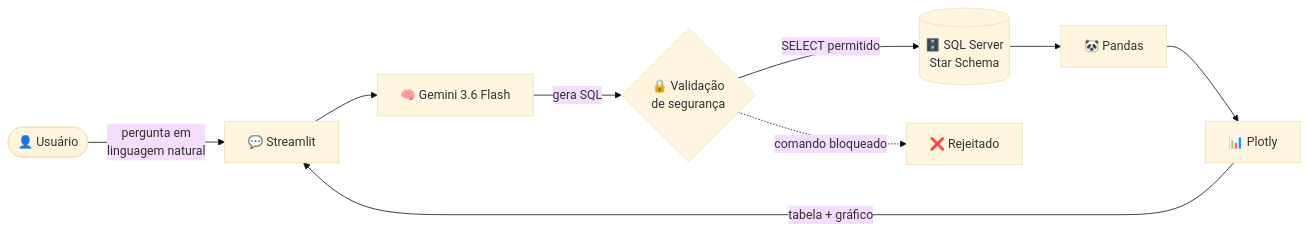
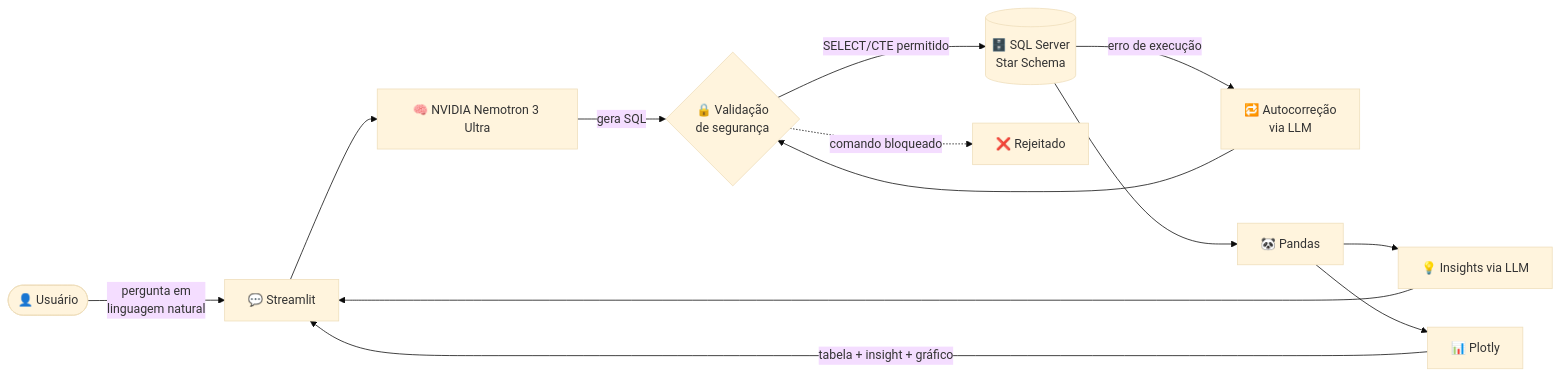
Before and after one commit to Robertofsouzas/ai-agente-vendas: the diagram in README.md, drawn with Mermaid (base theme). The commit also changed other lines of this file, not shown here.

Commit message:
Atualiza README para refletir migração para NVIDIA Nemotron

````diff
--- a/README.md
+++ b/README.md
@@ -13,11 +13,15 @@
 ```mermaid
 flowchart LR
     U([👤 Usuário]) -->|"pergunta em<br/>linguagem natural"| ST[💬 Streamlit]
-    ST --> LLM[🧠 Gemini 3.6 Flash]
+    ST --> LLM[🧠 NVIDIA Nemotron 3 Ultra]
     LLM -->|gera SQL| VAL{🔒 Validação<br/>de segurança}
-    VAL -->|SELECT permitido| DB[(🗄️ SQL Server<br/>Star Schema)]
+    VAL -->|SELECT/CTE permitido| DB[(🗄️ SQL Server<br/>Star Schema)]
     VAL -.->|comando bloqueado| REJ[❌ Rejeitado]
+    DB -->|erro de execução| FIX[🔁 Autocorreção<br/>via LLM]
+    FIX --> VAL
     DB --> PD[🐼 Pandas]
+    PD --> INS[💡 Insights via LLM]
     PD --> VIZ[📊 Plotly]
-    VIZ -->|tabela + gráfico| ST
+    INS --> ST
+    VIZ -->|tabela + insight + gráfico| ST
 ```
````
